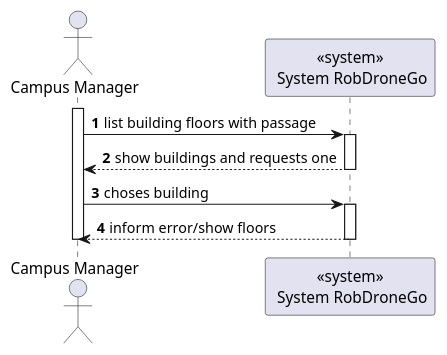
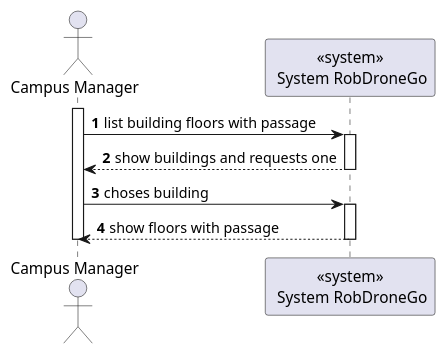
Before and after one commit to Departamento-de-Engenharia-Informatica/lapr5-23-24-g19: the diagram in docs/us1200/level1/process-view.puml, drawn with PlantUML. The commit also changed 2 other files, not shown here.

```diff
--- a/docs/us1200/level1/process-view.puml
+++ b/docs/us1200/level1/process-view.puml
@@ -1,20 +1,20 @@
 @startuml
 autonumber
 
 actor "Campus Manager" as usr
 
 participant "<<system>>\n System RobDroneGo" as sys
 
 activate usr
     usr -> sys : list building floors with passage
     activate sys
         sys --> usr : show buildings and requests one
     deactivate sys
 
     usr -> sys : choses building
     activate sys
-        sys --> usr : inform error/show floors
+        sys --> usr : show floors with passage
     deactivate sys
 deactivate usr
 
 @enduml
```
